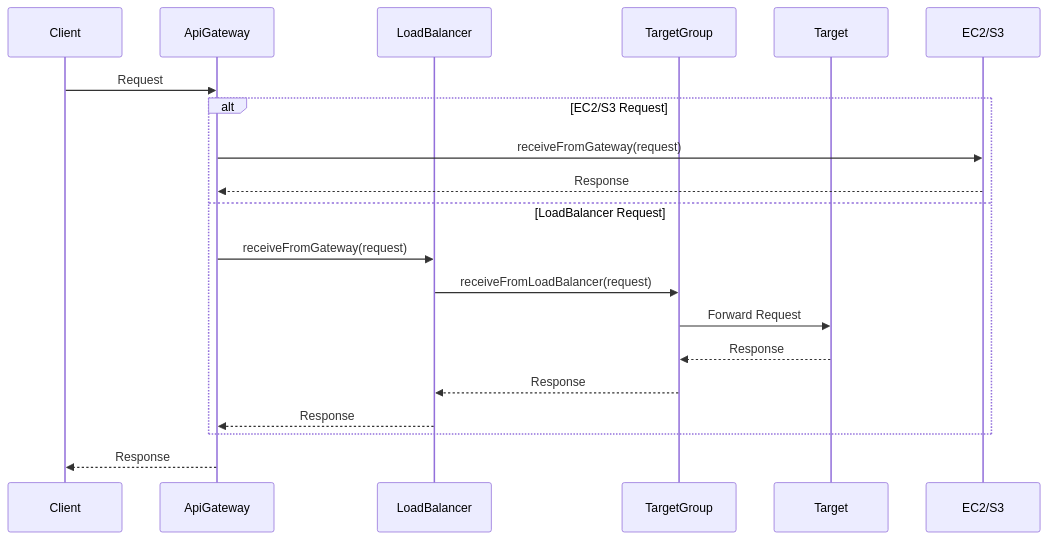
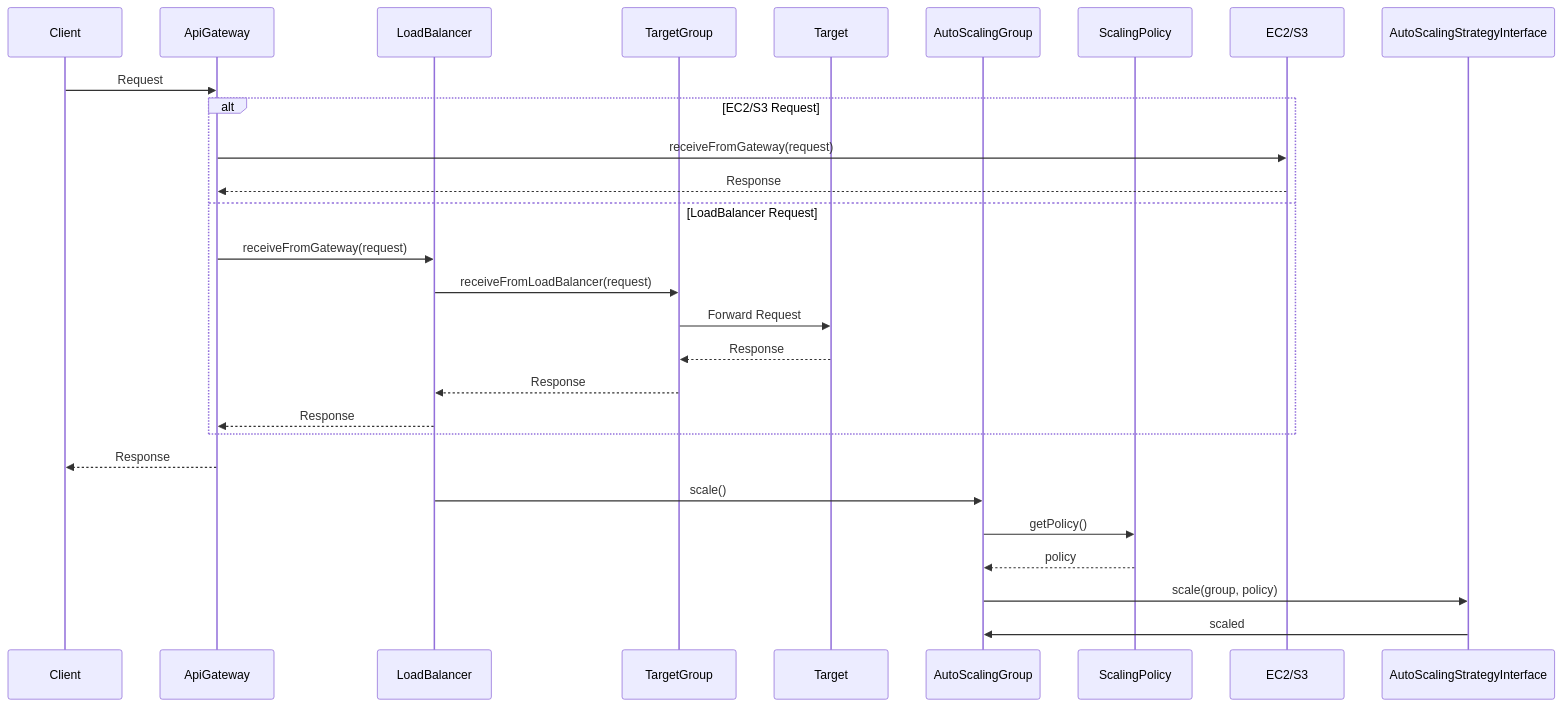
The second of 4 diagrams in DESIGN.md (19peter/awsproject), drawn with Mermaid before and after one commit. The commit also changed other lines of this file and 35 other files, not shown here.

````diff
--- a/DESIGN.md
+++ b/DESIGN.md
@@ -93,24 +118,32 @@
 ```mermaid
 sequenceDiagram
     participant Client
     participant ApiGateway
     participant LoadBalancer
     participant TargetGroup
     participant Target
+    participant AutoScalingGroup
+    participant ScalingPolicy
     
     Client->>ApiGateway: Request
     
     alt EC2/S3 Request
         ApiGateway->>EC2/S3: receiveFromGateway(request)
         EC2/S3-->>ApiGateway: Response
     else LoadBalancer Request
         ApiGateway->>LoadBalancer: receiveFromGateway(request)
         LoadBalancer->>TargetGroup: receiveFromLoadBalancer(request)
         TargetGroup->>Target: Forward Request
         Target-->>TargetGroup: Response
         TargetGroup-->>LoadBalancer: Response
         LoadBalancer-->>ApiGateway: Response
     end
     
     ApiGateway-->>Client: Response
+    
+    LoadBalancer->>AutoScalingGroup: scale()
+    AutoScalingGroup->>ScalingPolicy: getPolicy()
+    ScalingPolicy-->>AutoScalingGroup: policy
+    AutoScalingGroup->>AutoScalingStrategyInterface: scale(group, policy)
+    AutoScalingStrategyInterface->>AutoScalingGroup: scaled
 ```
````
